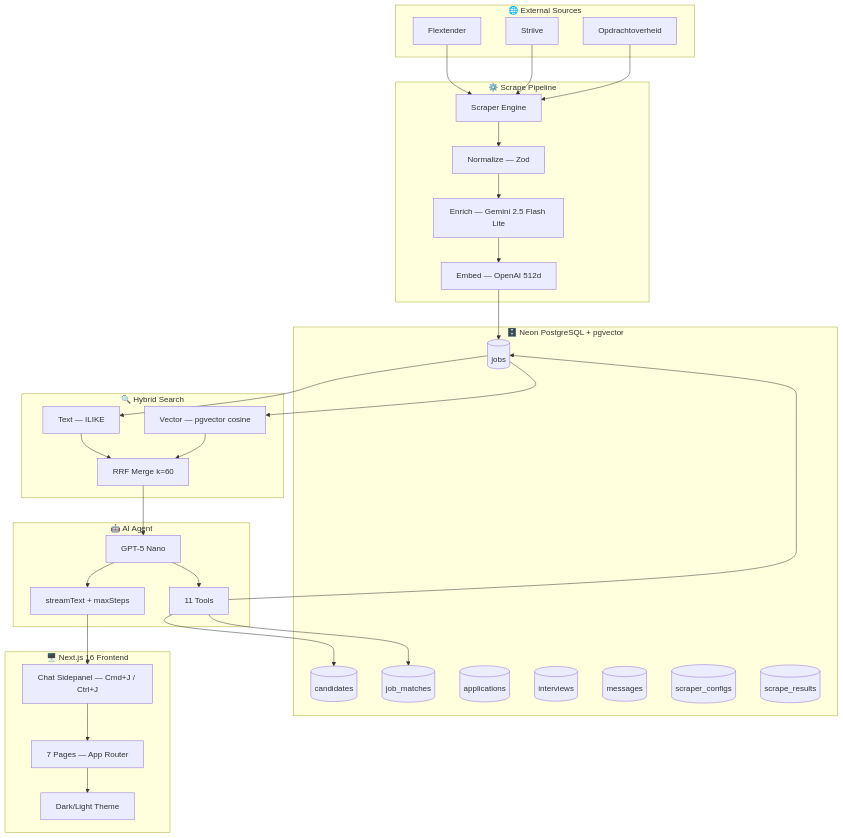
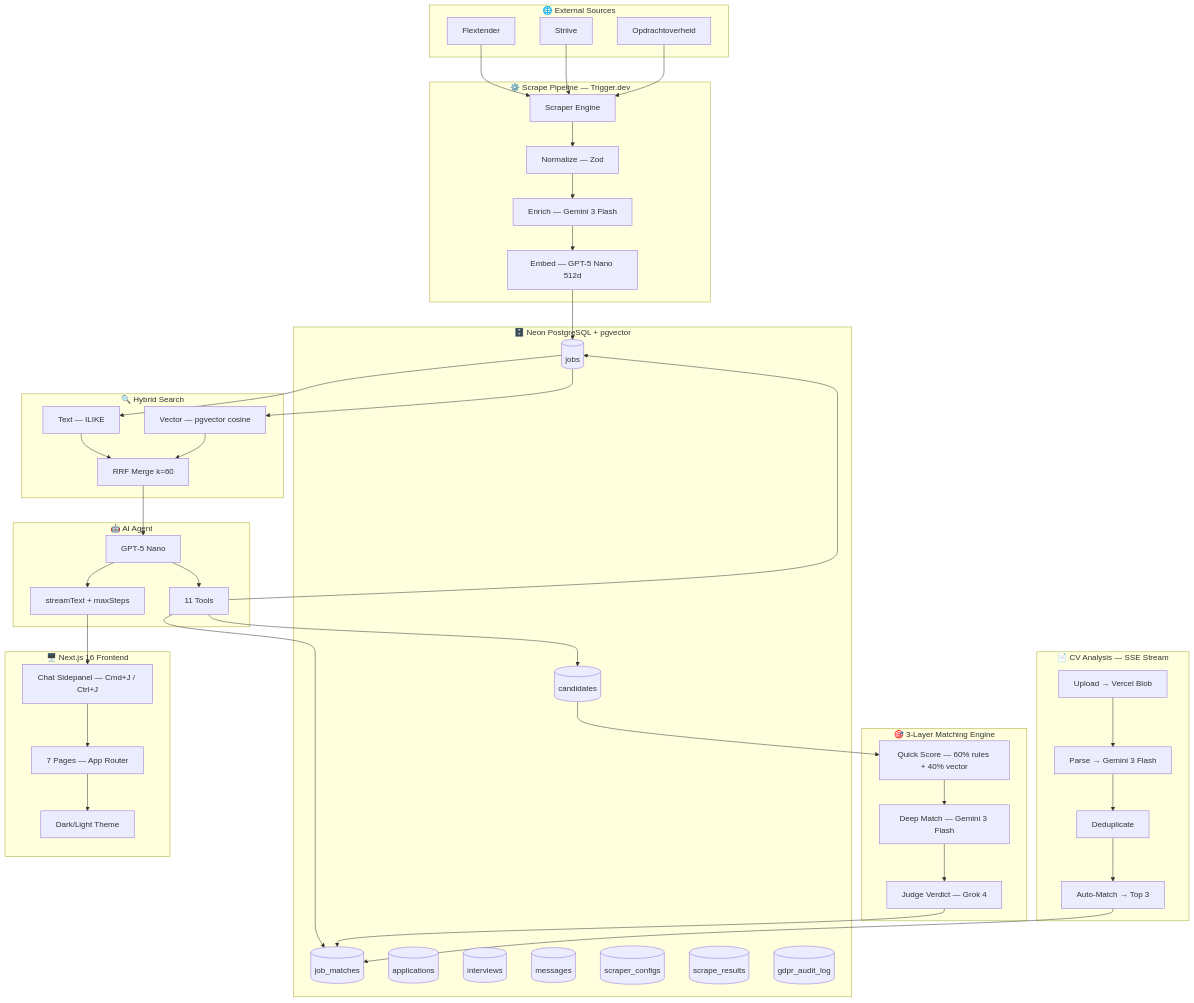
Before and after one commit to RyanLisse/motian: the first of 11 diagrams in README.en.md, drawn with Mermaid. The commit also changed other lines of this file and 1 other file, not shown here.

First line of the commit message:
docs: update READMEs with 3-layer matching, CV pipeline, Trigger.dev, Grok 4

````diff
--- a/README.en.md
+++ b/README.en.md
@@ -34,64 +36,82 @@
 ```mermaid
 graph TB
     subgraph Sources["🌐 External Sources"]
         FX[Flextender]
         ST[Striive]
         OO[Opdrachtoverheid]
     end
 
-    subgraph Pipeline["⚙️ Scrape Pipeline"]
+    subgraph Pipeline["⚙️ Scrape Pipeline — Trigger.dev"]
         SC[Scraper Engine]
         NR[Normalize — Zod]
-        EN[Enrich — Gemini 2.5 Flash Lite]
-        EM[Embed — OpenAI 512d]
+        EN[Enrich — Gemini 3 Flash]
+        EM[Embed — GPT-5 Nano 512d]
     end
 
     subgraph DB["🗄️ Neon PostgreSQL + pgvector"]
         JOBS[(jobs)]
         CAND[(candidates)]
         MATCH[(job_matches)]
         APP[(applications)]
         INT[(interviews)]
         MSG[(messages)]
         SCFG[(scraper_configs)]
         SRES[(scrape_results)]
+        GDPR[(gdpr_audit_log)]
+    end
+
+    subgraph Matching["🎯 3-Layer Matching Engine"]
+        QS[Quick Score — 60% rules + 40% vector]
+        DM[Deep Match — Gemini 3 Flash]
+        JV[Judge Verdict — Grok 4]
+    end
+
+    subgraph CVPipeline["📄 CV Analysis — SSE Stream"]
+        UP[Upload → Vercel Blob]
+        PA[Parse → Gemini 3 Flash]
+        DD[Deduplicate]
+        AM[Auto-Match → Top 3]
     end
 
     subgraph Search["🔍 Hybrid Search"]
         TXT[Text — ILIKE]
         VEC[Vector — pgvector cosine]
         RRF[RRF Merge k=60]
     end
 
     subgraph AI["🤖 AI Agent"]
         AGENT[GPT-5 Nano]
         TOOLS[11 Tools]
         STREAM[streamText + maxSteps]
     end
 
     subgraph Frontend["🖥️ Next.js 16 Frontend"]
         PAGES[7 Pages — App Router]
         CHAT[Chat Sidepanel — Cmd+J / Ctrl+J]
         THEME[Dark/Light Theme]
     end
 
     FX --> SC
     ST --> SC
     OO --> SC
     SC --> NR --> EN --> EM --> JOBS
 
     JOBS --> TXT
     JOBS --> VEC
     TXT --> RRF
     VEC --> RRF
     RRF --> AGENT
 
     AGENT --> TOOLS
     TOOLS --> JOBS
     TOOLS --> CAND
     TOOLS --> MATCH
 
+    CAND --> QS --> DM --> JV --> MATCH
+
+    UP --> PA --> DD --> AM --> MATCH
+
     AGENT --> STREAM --> CHAT
     CHAT --> PAGES
     PAGES --> THEME
 ```
````
